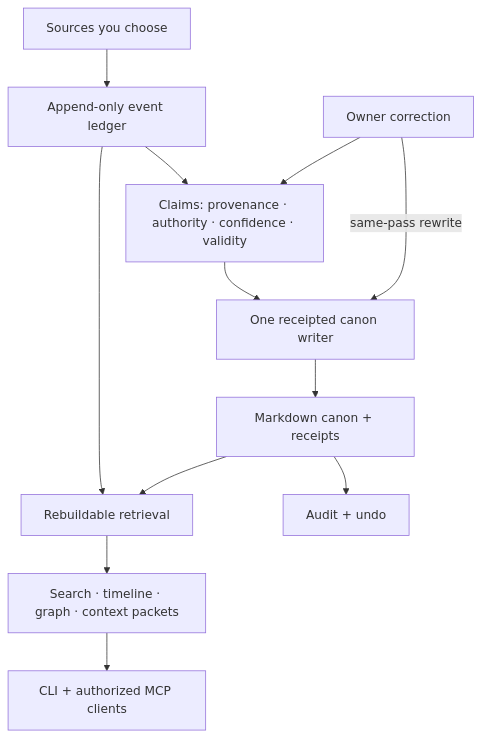
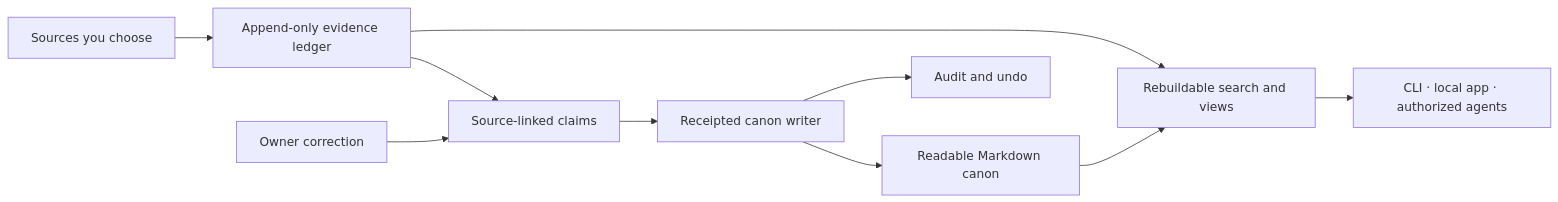
One commit to Illuminfti/kizuki changed the diagram in README.md. Above: the diagram before and after it, drawn with Mermaid. The commit also changed other lines of this file, not shown here.

Commit message:
Rewrite README around practical local and agent workflows

````diff
--- a/README.md
+++ b/README.md
@@ -216,14 +73,12 @@
 ```mermaid
-flowchart TD
-  sources["Sources you choose"] --> ledger["Append-only event ledger"]
-  ledger --> claims["Claims: provenance · authority · confidence · validity"]
-  claims --> writer["One receipted canon writer"]
+flowchart LR
+  sources["Sources you choose"] --> ledger["Append-only evidence ledger"]
+  ledger --> claims["Source-linked claims"]
+  claims --> writer["Receipted canon writer"]
+  writer --> canon["Readable Markdown canon"]
+  ledger --> derived["Rebuildable search and views"]
+  canon --> derived
+  derived --> clients["CLI · local app · authorized agents"]
   correction["Owner correction"] --> claims
-  correction -->|"same-pass rewrite"| writer
-  writer --> canon["Markdown canon + receipts"]
-  ledger --> retrieval["Rebuildable retrieval"]
-  canon --> retrieval
-  retrieval --> context["Search · timeline · graph · context packets"]
-  context --> clients["CLI + authorized MCP clients"]
-  canon --> audit["Audit + undo"]
+  writer --> audit["Audit and undo"]
 ```
````
